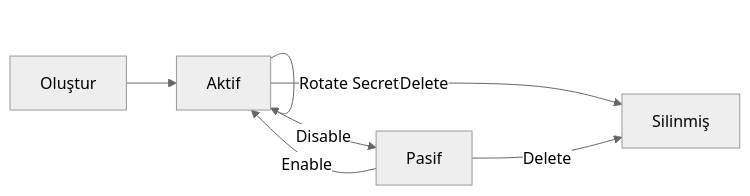
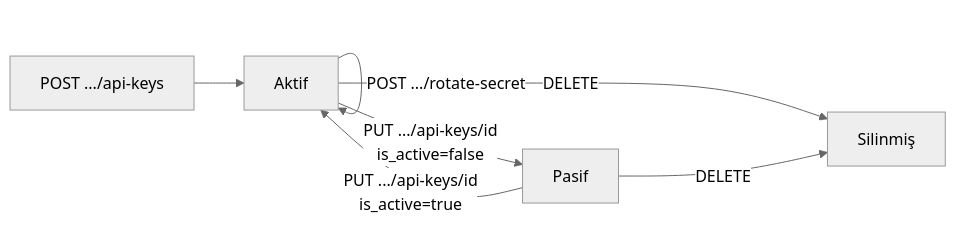
Before and after one commit to payment-pos/mintlify: the diagram in identity/api-keys/overview.mdx, drawn with Mermaid (neutral theme). The commit also changed other lines of this file and 15 other files, not shown here.

````diff
--- a/identity/api-keys/overview.mdx
+++ b/identity/api-keys/overview.mdx
@@ -31,9 +94,9 @@
 ```mermaid
 flowchart LR
-    A[Oluştur] --> B[Aktif]
-    B -->|Rotate Secret| B
-    B -->|Disable| C[Pasif]
-    C -->|Enable| B
-    B -->|Delete| D[Silinmiş]
-    C -->|Delete| D
+    A[POST .../api-keys] --> B[Aktif]
+    B -->|POST .../rotate-secret| B
+    B -->|PUT .../api-keys/id<br/>is_active=false| C[Pasif]
+    C -->|PUT .../api-keys/id<br/>is_active=true| B
+    B -->|DELETE| D[Silinmiş]
+    C -->|DELETE| D
 ```
````
